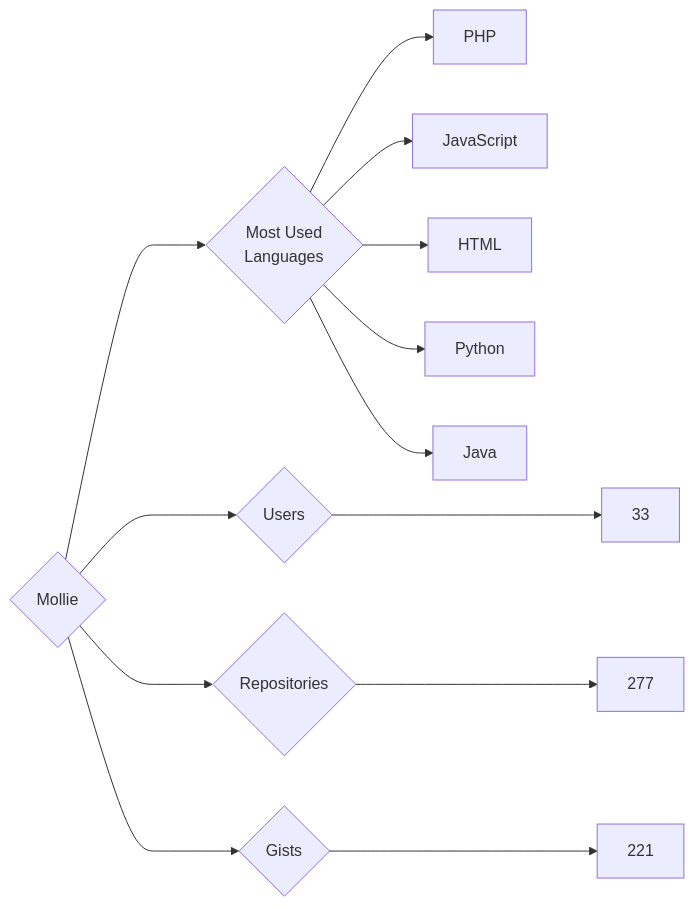
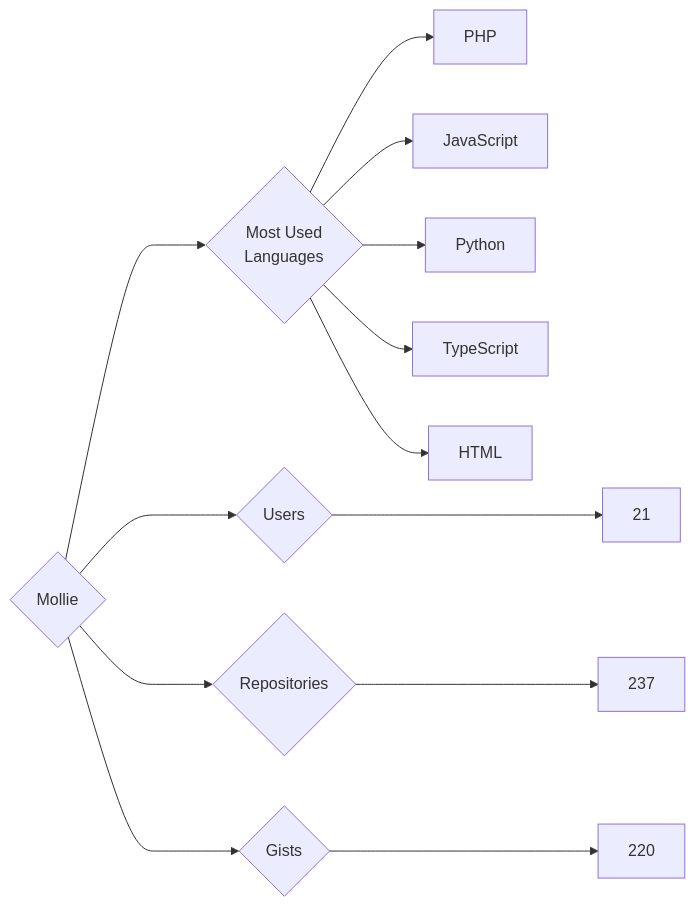
The diagram in targets/Mollie/README.md (trickest/insiders), drawn with Mermaid before and after one commit. The commit also changed 912 other files, not shown here.

````diff
--- a/targets/Mollie/README.md
+++ b/targets/Mollie/README.md
@@ -3,13 +3,13 @@
 ```mermaid
 graph LR
 COMPANY_NAME{Mollie}
-COMPANY_NAME ---> U{Users} ---> UN[33]
-COMPANY_NAME ---> R{Repositories} ---> RN[277]
-COMPANY_NAME ---> G{Gists} ---> GN[221]
+COMPANY_NAME ---> U{Users} ---> UN[21]
+COMPANY_NAME ---> R{Repositories} ---> RN[237]
+COMPANY_NAME ---> G{Gists} ---> GN[220]
 COMPANY_NAME ---> ML{Most Used<br>Languages}
 ML --> PHP[PHP]
 ML --> JavaScript[JavaScript]
+ML --> Python[Python]
+ML --> TypeScript[TypeScript]
 ML --> HTML[HTML]
-ML --> Python[Python]
-ML --> Java[Java]
 ```
````
